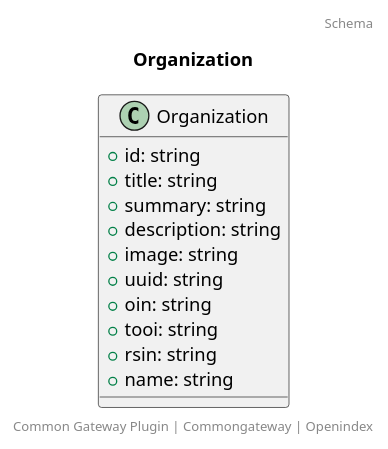
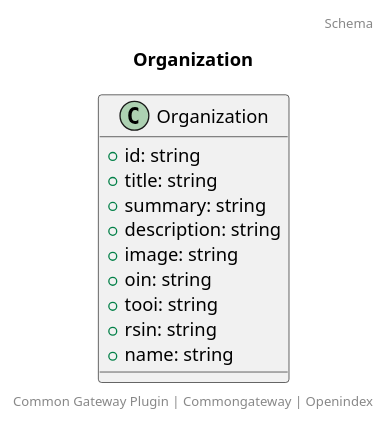
Before and after one commit to CommonGateway/OpenIndex: the diagram in docs/schema/Organization.puml, drawn with PlantUML. The commit also changed 6 other files, not shown here.

```diff
--- a/docs/schema/Organization.puml
+++ b/docs/schema/Organization.puml
@@ -1,18 +1,17 @@
 @startuml
 title: Organization
 footer: Common Gateway Plugin | Commongateway | Openindex 
 header: Schema
 
 class Organization {
   + id: string
   + title: string
   + summary: string
   + description: string
   + image: string
-  + uuid: string
   + oin: string
   + tooi: string
   + rsin: string
   + name: string
 }
 @enduml
```
